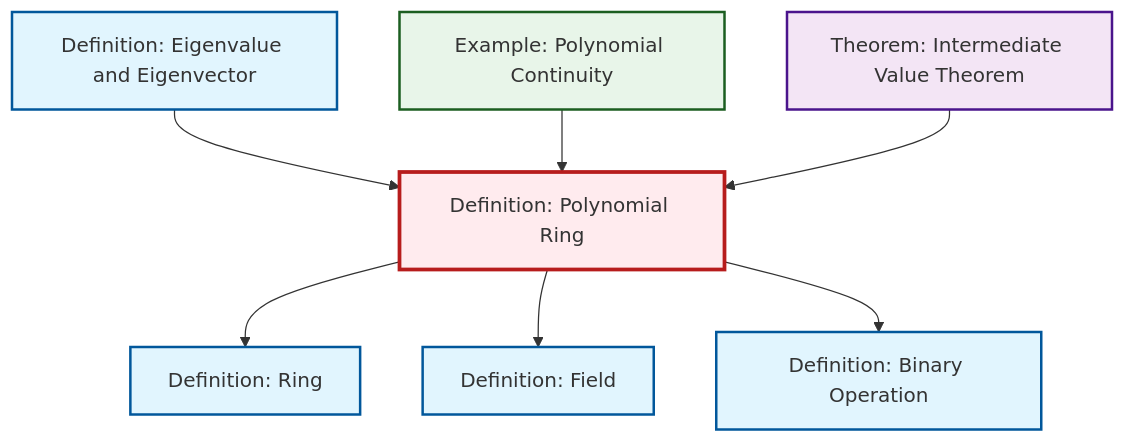
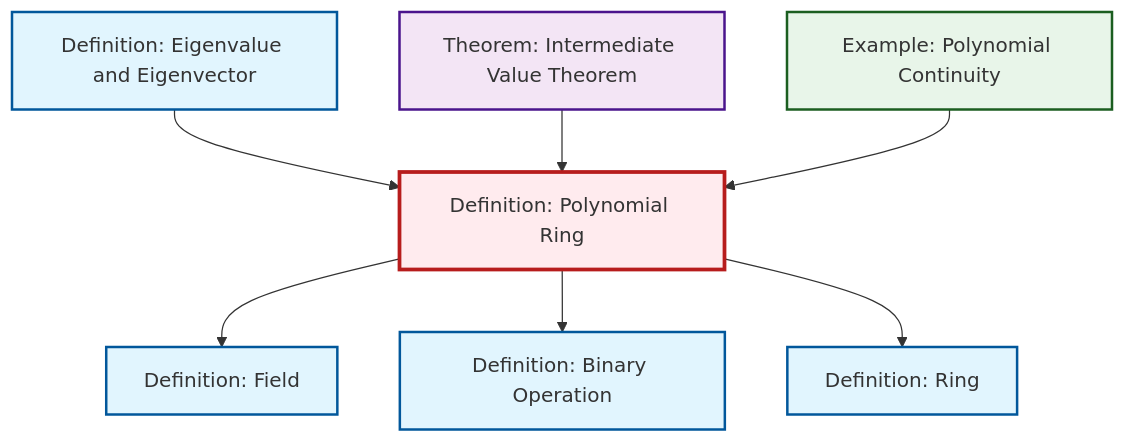
One commit to RK0429/ModernMath changed the diagram in content/en/algebra/def-polynomial-ring.qmd. Above: the diagram before and after it, drawn with Mermaid. The commit also changed other lines of this file and 581 other files, not shown here.

````diff
--- a/content/en/algebra/def-polynomial-ring.qmd
+++ b/content/en/algebra/def-polynomial-ring.qmd
@@ -93,29 +94,29 @@
 ```{mermaid}
 %%| fig-cap: "Local dependency graph"
 graph TD
     classDef definition fill:#e1f5fe,stroke:#01579b,stroke-width:2px
     classDef theorem fill:#f3e5f5,stroke:#4a148c,stroke-width:2px
     classDef axiom fill:#fff3e0,stroke:#e65100,stroke-width:2px
     classDef example fill:#e8f5e9,stroke:#1b5e20,stroke-width:2px
     classDef current fill:#ffebee,stroke:#b71c1c,stroke-width:3px
-    def-field["Definition: Field"]:::definition
+    def-binary-operation["Definition: Binary Operation"]:::definition
     def-ring["Definition: Ring"]:::definition
+    def-eigenvalue-eigenvector["Definition: Eigenvalue and Eigenvector"]:::definition
+    ex-polynomial-continuity["Example: Polynomial Continuity"]:::example
     def-polynomial-ring["Definition: Polynomial Ring"]:::definition
     thm-intermediate-value["Theorem: Intermediate Value Theorem"]:::theorem
-    def-binary-operation["Definition: Binary Operation"]:::definition
-    ex-polynomial-continuity["Example: Polynomial Continuity"]:::example
-    def-eigenvalue-eigenvector["Definition: Eigenvalue and Eigenvector"]:::definition
-    def-eigenvalue-eigenvector --> def-polynomial-ring
-    ex-polynomial-continuity --> def-polynomial-ring
-    def-polynomial-ring --> def-ring
+    def-field["Definition: Field"]:::definition
     def-polynomial-ring --> def-field
     def-polynomial-ring --> def-binary-operation
+    def-eigenvalue-eigenvector --> def-polynomial-ring
+    def-polynomial-ring --> def-ring
     thm-intermediate-value --> def-polynomial-ring
+    ex-polynomial-continuity --> def-polynomial-ring
     class def-polynomial-ring current
+    click def-binary-operation "def-binary-operation.html" "Go to Binary Operation definition"
+    click def-ring "def-ring.html" "Go to Ring definition"
+    click def-eigenvalue-eigenvector "def-eigenvalue-eigenvector.html" "Go to Eigenvalue and Eigenvector definition"
+    click ex-polynomial-continuity "ex-polynomial-continuity.html" "Go to Polynomial Continuity example"
+    click thm-intermediate-value "thm-intermediate-value.html" "Go to Intermediate Value Theorem theorem"
     click def-field "def-field.html" "Go to Field definition"
-    click def-ring "def-ring.html" "Go to Ring definition"
-    click thm-intermediate-value "thm-intermediate-value.html" "Go to Intermediate Value Theorem theorem"
-    click def-binary-operation "def-binary-operation.html" "Go to Binary Operation definition"
-    click ex-polynomial-continuity "ex-polynomial-continuity.html" "Go to Polynomial Continuity example"
-    click def-eigenvalue-eigenvector "def-eigenvalue-eigenvector.html" "Go to Eigenvalue and Eigenvector definition"
 ```
````
